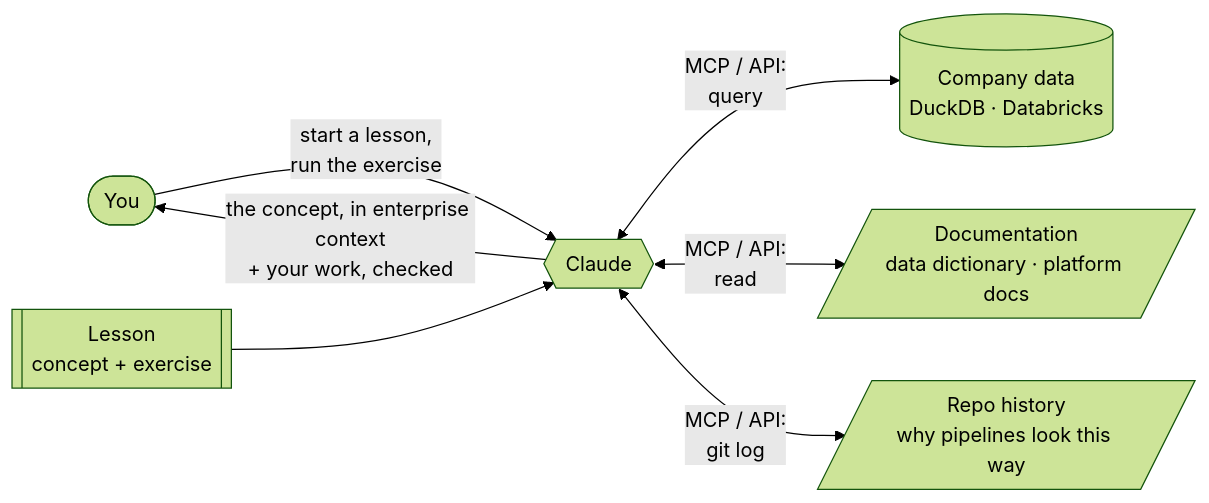
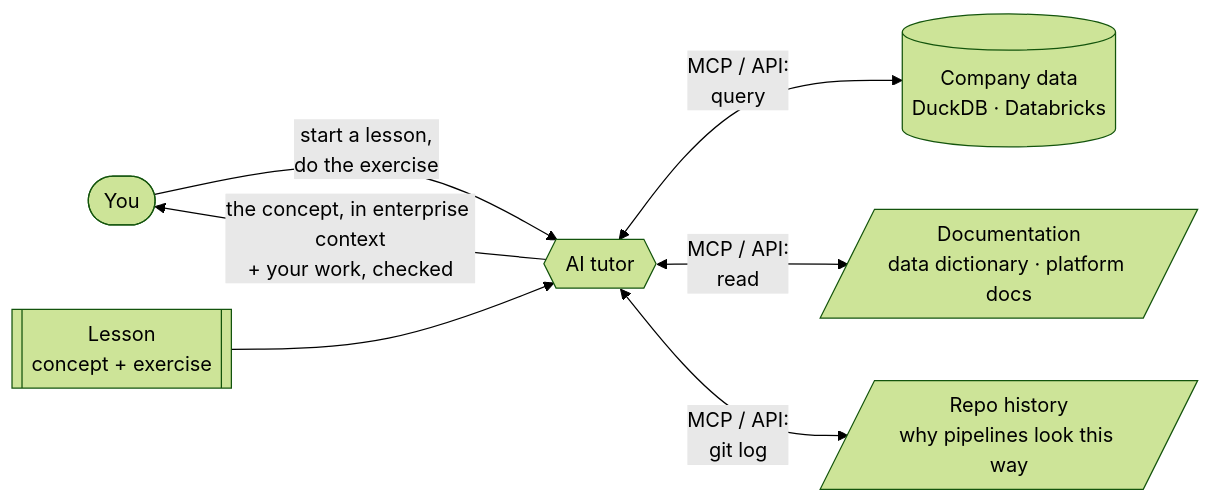
The diagram in README.md (filustre23/knowledge-builder), drawn with Mermaid (forest theme) before and after one commit. The commit also changed other lines of this file and 1 other file, not shown here.

Commit message:
Broaden audience (guided mode, any UI) and make the tutor model-agnostic with BAA requirement for PHI

````diff
--- a/README.md
+++ b/README.md
@@ -18,11 +18,11 @@
 ```mermaid
 flowchart LR
-    L([You]) -- "start a lesson,<br/>run the exercise" --> C{{Claude}}
+    L([You]) -- "start a lesson,<br/>do the exercise" --> C{{AI tutor}}
     M[[Lesson<br/>concept + exercise]] --> C
 
     C <-- "MCP / API:<br/>query" --> D[(Company data<br/>DuckDB · Databricks)]
     C <-- "MCP / API:<br/>read" --> K[/Documentation<br/>data dictionary · platform docs/]
     C <-- "MCP / API:<br/>git log" --> G[/Repo history<br/>why pipelines look this way/]
 
     C -- "the concept, in enterprise context<br/>+ your work, checked" --> L
 ```
````
